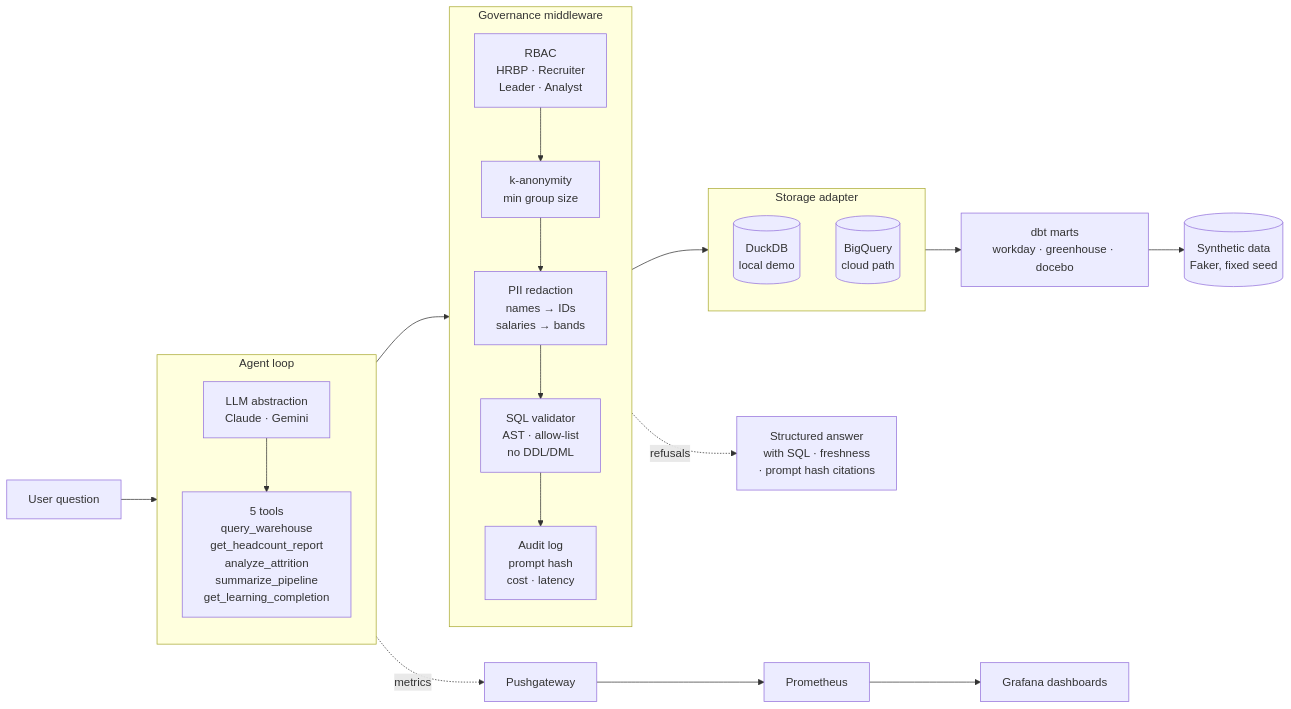
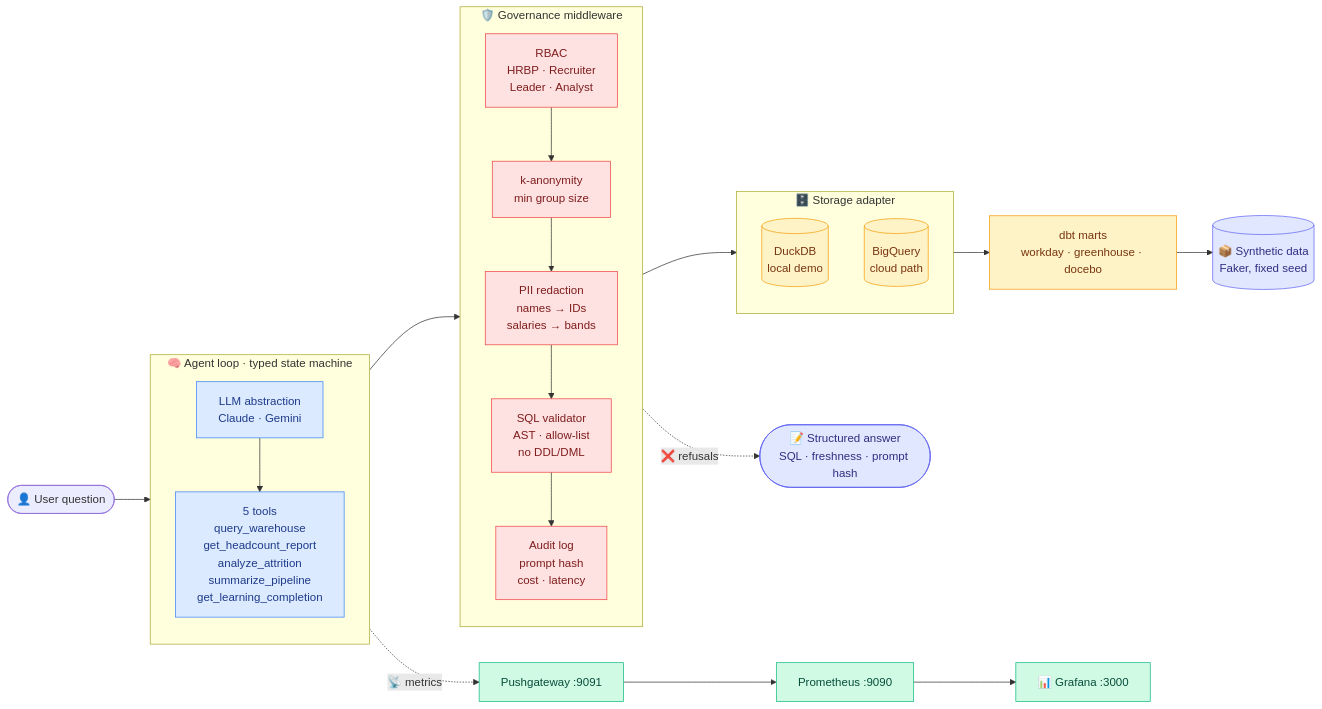
One commit to berkunis/people-intelligence-agent changed the diagram in README.md. Above: the diagram before and after it, drawn with Mermaid. The commit also changed other lines of this file, not shown here.

````diff
--- a/README.md
+++ b/README.md
@@ -59,39 +143,51 @@
 ```mermaid
 flowchart LR
-    U[User question] --> AGENT
+    U([👤 User question]) --> AGENT
 
-    subgraph AGENT [Agent loop]
+    subgraph AGENT [🧠 Agent loop · typed state machine]
         direction TB
         LLM[LLM abstraction<br/>Claude · Gemini]
         TOOLS[5 tools<br/>query_warehouse<br/>get_headcount_report<br/>analyze_attrition<br/>summarize_pipeline<br/>get_learning_completion]
         LLM --> TOOLS
     end
 
     AGENT --> GOV
 
-    subgraph GOV [Governance middleware]
+    subgraph GOV [🛡️ Governance middleware]
         direction TB
         RBAC[RBAC<br/>HRBP · Recruiter<br/>Leader · Analyst]
         KANON[k-anonymity<br/>min group size]
         PII[PII redaction<br/>names → IDs<br/>salaries → bands]
         VAL[SQL validator<br/>AST · allow-list<br/>no DDL/DML]
         AUDIT[Audit log<br/>prompt hash<br/>cost · latency]
         RBAC --> KANON --> PII --> VAL --> AUDIT
     end
 
     GOV --> STORE
 
-    subgraph STORE [Storage adapter]
+    subgraph STORE [🗄️ Storage adapter]
         direction TB
         DB1[(DuckDB<br/>local demo)]
         DB2[(BigQuery<br/>cloud path)]
     end
 
     STORE --> DBT[dbt marts<br/>workday · greenhouse · docebo]
-    DBT --> DATA[(Synthetic data<br/>Faker, fixed seed)]
+    DBT --> DATA[(📦 Synthetic data<br/>Faker, fixed seed)]
 
-    AGENT -.metrics.-> PUSH[Pushgateway]
-    PUSH --> PROM[Prometheus] --> GRAF[Grafana dashboards]
+    AGENT -.📡 metrics.-> PUSH[Pushgateway :9091]
+    PUSH --> PROM[Prometheus :9090] --> GRAF[📊 Grafana :3000]
 
-    GOV -.refusals.-> ANSWER[Structured answer<br/>with SQL · freshness<br/>· prompt hash citations]
+    GOV -.❌ refusals.-> ANSWER([📝 Structured answer<br/>SQL · freshness · prompt hash])
+
+    classDef agent fill:#DBEAFE,stroke:#3B82F6,color:#1E3A8A
+    classDef gov fill:#FEE2E2,stroke:#EF4444,color:#7F1D1D
+    classDef store fill:#FEF3C7,stroke:#F59E0B,color:#78350F
+    classDef obs fill:#D1FAE5,stroke:#10B981,color:#064E3B
+    classDef data fill:#E0E7FF,stroke:#6366F1,color:#312E81
+
+    class LLM,TOOLS agent
+    class RBAC,KANON,PII,VAL,AUDIT gov
+    class DB1,DB2,DBT store
+    class PUSH,PROM,GRAF obs
+    class DATA,ANSWER data
 ```
````
